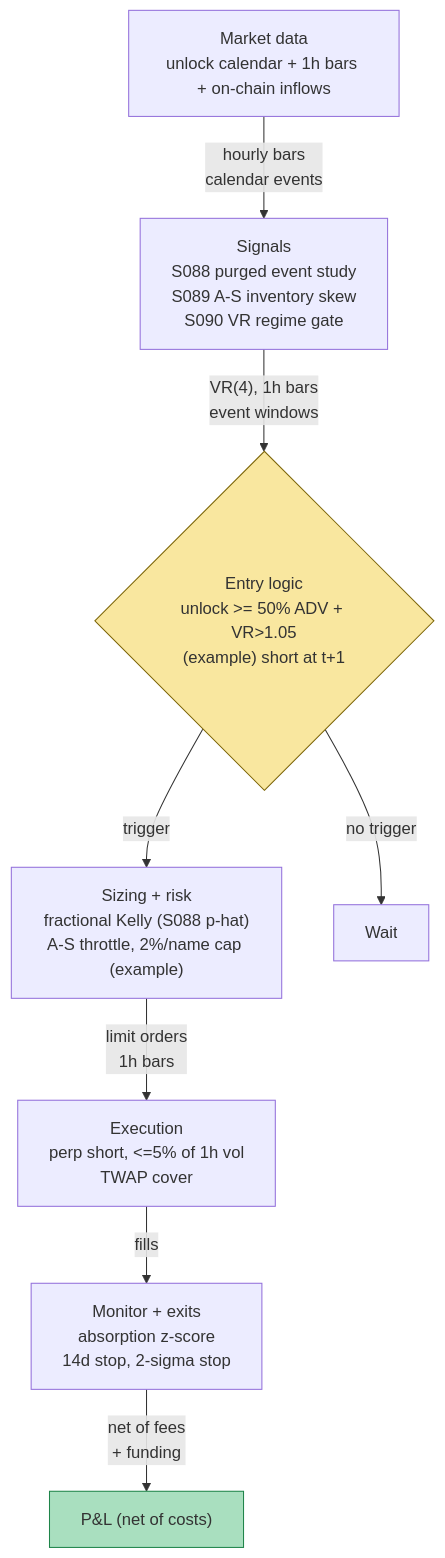
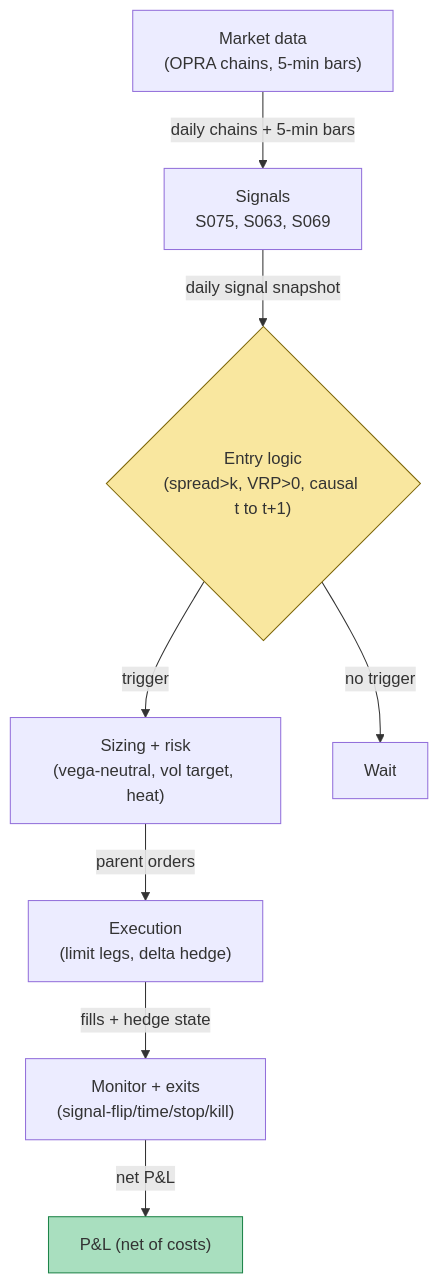
The diagram in batches/TB6/T058.md (praveenguptahcl/quant-signals-deep), drawn with Mermaid before and after one commit. The commit also changed other lines of this file and 67 other files, not shown here.

````diff
--- a/batches/TB6/T058.md
+++ b/batches/TB6/T058.md
@@ -142,12 +151,12 @@
 ```mermaid
 flowchart TD
-    DATA["Market data<br/>unlock calendar + 1h bars + on-chain inflows"] -->|"hourly bars<br/>calendar events"| SIGS["Signals<br/>S088 purged event study<br/>S089 A-S inventory skew<br/>S090 VR regime gate"]
-    SIGS -->|"VR(4), 1h bars<br/>event windows"| ENTRY{"Entry logic<br/>unlock >= 50% ADV + VR>1.05<br/>(example) short at t+1"}
-    ENTRY -->|trigger| SIZE["Sizing + risk<br/>fractional Kelly (S088 p-hat)<br/>A-S throttle, 2%/name cap (example)"]
+    DATA["Market data<br/>(OPRA chains, 5-min bars)"] -->|daily chains + 5-min bars| SIGS["Signals<br/>S075, S063, S069"]
+    SIGS -->|daily signal snapshot| ENTRY{"Entry logic<br/>(spread>k, VRP>0, causal t to t+1)"}
+    ENTRY -->|trigger| SIZE["Sizing + risk<br/>(vega-neutral, vol target, heat)"]
     ENTRY -->|no trigger| WAIT["Wait"]
-    SIZE -->|"limit orders<br/>1h bars"| EXEC["Execution<br/>perp short, <=5% of 1h vol<br/>TWAP cover"]
-    EXEC -->|fills| MON["Monitor + exits<br/>absorption z-score<br/>14d stop, 2-sigma stop"]
-    MON -->|"net of fees<br/>+ funding"| PNL["P&L (net of costs)"]
+    SIZE -->|parent orders| EXEC["Execution<br/>(limit legs, delta hedge)"]
+    EXEC -->|fills + hedge state| MON["Monitor + exits<br/>(signal-flip/time/stop/kill)"]
+    MON -->|net P&L| PNL["P&L (net of costs)"]
     style ENTRY fill:#f9e79f,stroke:#7d6608
     style PNL fill:#a9dfbf,stroke:#1e8449
 ```
````
